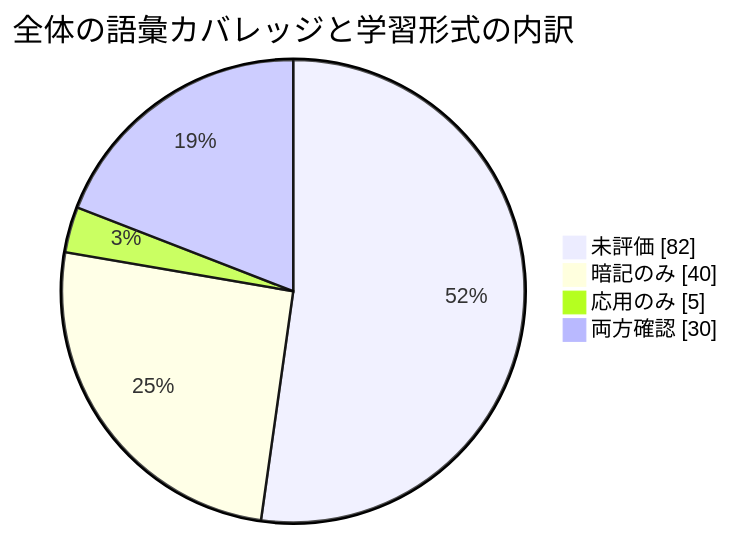
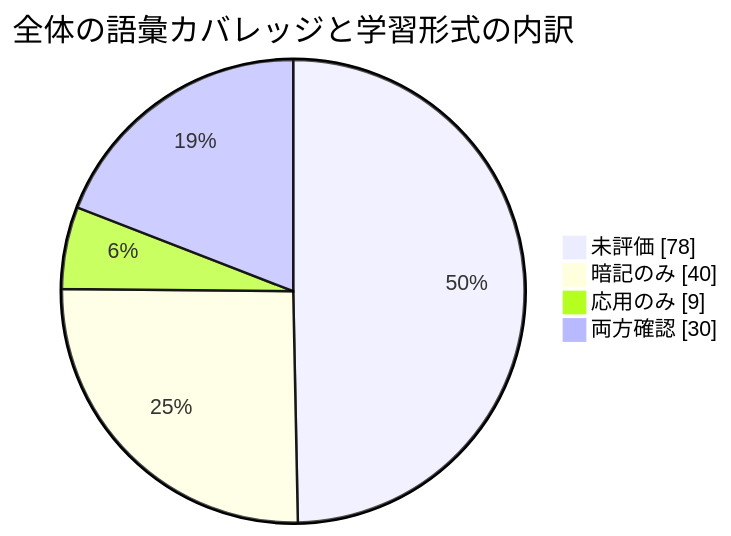
The diagram in 進捗/モチベ.md (ryusuke2003/security-specialist-study), drawn with Mermaid before and after one commit. The commit also changed other lines of this file and 17 other files, not shown here.

````diff
--- a/進捗/モチベ.md
+++ b/進捗/モチベ.md
@@ -5,8 +5,8 @@
 ```mermaid
 pie showData
     title 全体の語彙カバレッジと学習形式の内訳
-    "未評価" : 82
+    "未評価" : 78
     "暗記のみ" : 40
-    "応用のみ" : 5
+    "応用のみ" : 9
     "両方確認" : 30
 ```
````
